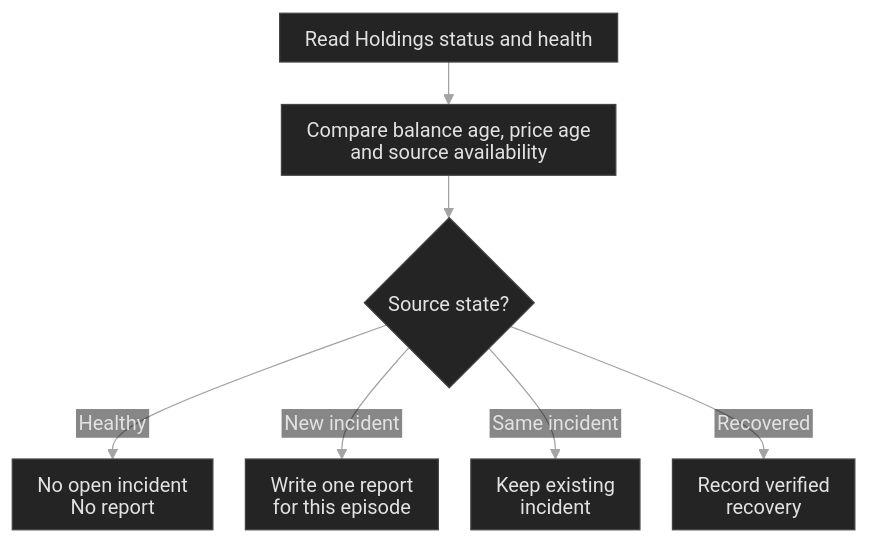
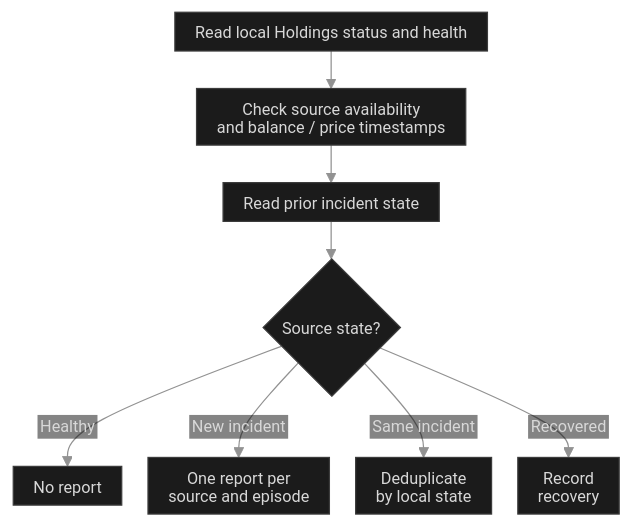
The diagram in diagrams/holdings.mmd (kazuall/finance-process-portfolio), drawn with Mermaid before and after one commit. The commit also changed 43 other files, not shown here.

```diff
--- a/diagrams/holdings.mmd
+++ b/diagrams/holdings.mmd
@@ -1,35 +1,36 @@
 ---
 config:
   theme: base
   htmlLabels: false
   themeVariables:
     darkMode: true
-    background: '#101010'
+    background: '#0a0a0a'
     fontFamily: 'Inter, -apple-system, BlinkMacSystemFont, Segoe UI, sans-serif'
-    fontSize: '16px'
-    primaryColor: '#242424'
-    primaryTextColor: '#e2e2e2'
-    primaryBorderColor: '#434343'
-    lineColor: '#a3a3a3'
-    edgeLabelBackground: '#101010'
-    textColor: '#cdcdcd'
+    fontSize: '13px'
+    primaryColor: '#1b1b1b'
+    primaryTextColor: '#d8d8d8'
+    primaryBorderColor: '#3c3c3c'
+    lineColor: '#929292'
+    edgeLabelBackground: '#0a0a0a'
+    textColor: '#d8d8d8'
   flowchart:
     htmlLabels: false
     useMaxWidth: false
-    nodeSpacing: 26
-    rankSpacing: 34
-    wrappingWidth: 270
-    padding: 10
+    nodeSpacing: 21
+    rankSpacing: 30
+    wrappingWidth: 240
+    padding: 8
     diagramPadding: 5
     curve: basis
-  themeCSS: 'text,tspan{font-family:system-ui,sans-serif!important}.node rect.label-container{rx:3px;ry:3px}.node rect,.node polygon,.flowchart-link{stroke-width:1px!important}.edgeLabel .labelBkg{fill:#101010!important;opacity:1!important}.edgeLabel text{fill:#c4c4c4!important}'
+  themeCSS: 'text,tspan{font-family:system-ui,sans-serif!important;font-weight:400!important}.node rect.label-container{rx:3px;ry:3px}.node rect,.node polygon,.flowchart-link{stroke-width:.85px!important}.edgeLabel .labelBkg{fill:#0a0a0a!important;opacity:1!important}.edgeLabel text{fill:#bebebe!important}'
 ---
 flowchart TB
   accTitle: Holdings freshness pilot
   accDescr: A manual check reads Holdings status and source timestamps. A new incident produces one local report. Repeat observations are deduplicated. A healthy reading closes an open incident or leaves the log untouched.
-  api["Read Holdings status and health"] --> times["Compare balance age, price age<br/>and source availability"]
-  times --> state{"Source state?"}
-  state -->|Healthy| ok["No open incident<br/>No report"]
-  state -->|New incident| log["Write one report<br/>for this episode"]
-  state -->|Same incident| same["Keep existing<br/>incident"]
-  state -->|Recovered| close["Record verified<br/>recovery"]
+  api["Read local Holdings status and health"] --> times["Check source availability<br/>and balance / price timestamps"]
+  times --> prior["Read prior incident state"]
+  prior --> state{"Source state?"}
+  state -->|Healthy| ok["No report"]
+  state -->|New incident| log["One report per<br/>source and episode"]
+  state -->|Same incident| same["Deduplicate<br/>by local state"]
+  state -->|Recovered| close["Record<br/>recovery"]
```
